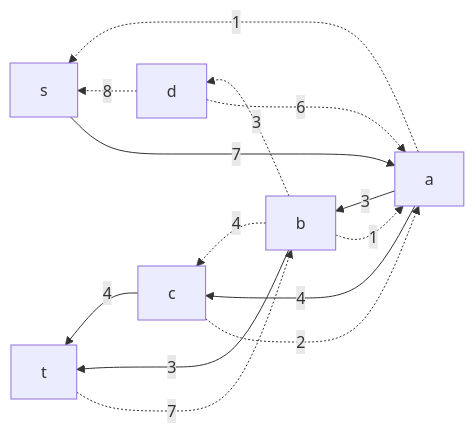
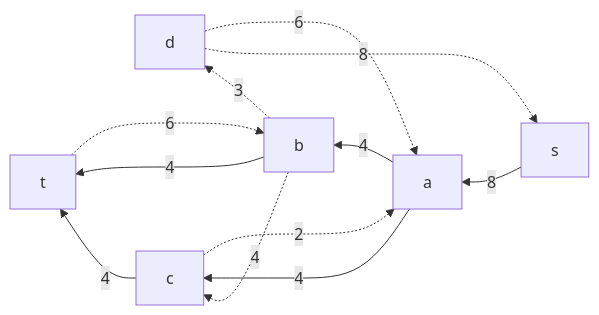
Before and after one commit to hse-algo-24-crow/manual-tasks-crow: the fourth of 7 diagrams in task-9/digital-racers.md, drawn with Mermaid. The commit also changed other lines of this file, not shown here.

````diff
--- a/task-9/digital-racers.md
+++ b/task-9/digital-racers.md
@@ -67,16 +67,14 @@
 ```mermaid
 graph RL
- a-.->|1|s
-s-->|7|a
+s-->|8|a
 d-.->|8|s
-b-.->|1|a
-a-->|3|b
+a-->|4|b
 d-.->|6|a
 b-.->|3|d
 b-.->|4|c
 c-->|4|t
-b-->|3|t
-t-.->|7|b
+b-->|4|t
+t-.->|6|b
 c-.->|2|a
 a-->|4|c
 ```
````
